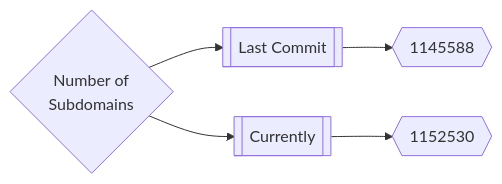
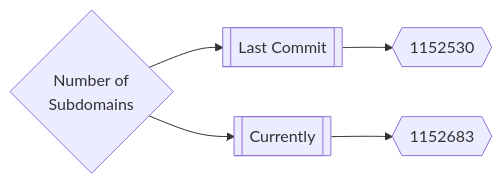
Before and after one commit to trickest/inventory: the first of 3 diagrams in README.md, drawn with Mermaid. The commit also changed other lines of this file, not shown here.

Commit message:
Update Sat Apr  2 01:09:41 UTC 2022

````diff
--- a/README.md
+++ b/README.md
@@ -165,5 +165,5 @@
 ```mermaid
 graph LR
-title{Number of<br>Subdomains} --> subdomainsDate1[[Last Commit]] --> subdomainsNum1{{1145588}}
-title --> subdomainsDate2[[Currently]] --> subdomainsNum2{{1152530}}
+title{Number of<br>Subdomains} --> subdomainsDate1[[Last Commit]] --> subdomainsNum1{{1152530}}
+title --> subdomainsDate2[[Currently]] --> subdomainsNum2{{1152683}}
 ```
````
